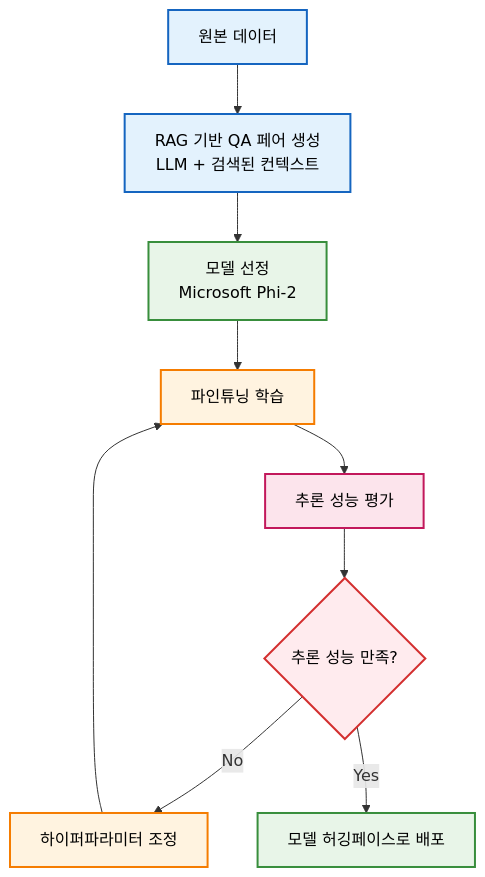
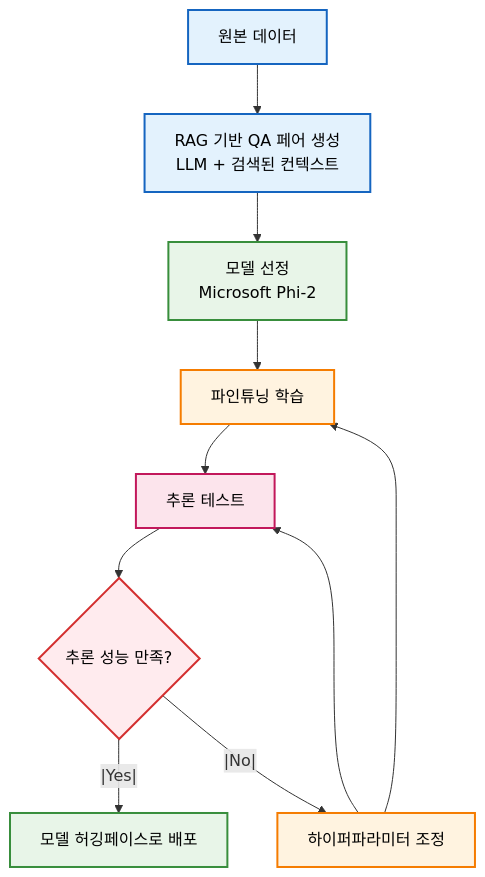
One commit to Nadaeji/ReadyToGo changed the third of 3 diagrams in backend_django/README.md. Above: the diagram before and after it, drawn with Mermaid.

````diff
--- a/backend_django/README.md
+++ b/backend_django/README.md
@@ -242,27 +242,27 @@
 ```mermaid
+
 graph TD
     A[원본 데이터] --> D[RAG 기반 QA 페어 생성<br/>LLM + 검색된 컨텍스트]
     D --> F[모델 선정<br/>Microsoft Phi-2]
-
     F --> G[파인튜닝 학습]
-    G --> H[추론 성능 평가]
+    G --> H[추론 테스트]
     H --> I{추론 성능 만족?}
-    
-    I -->|No| J[하이퍼파라미터 조정]
+    I --|Yes|--> K[모델 허깅페이스로 배포]
+    I --|No|--> J[하이퍼파라미터 조정]
     J --> G
-    I -->|Yes| K[모델 허깅페이스로 배포]
+    J --> H
 
     %% 스타일 정의
     classDef data fill:#e3f2fd,stroke:#1565c0,stroke-width:2px,color:#000
     classDef model fill:#e8f5e8,stroke:#388e3c,stroke-width:2px,color:#000
     classDef training fill:#fff3e0,stroke:#f57c00,stroke-width:2px,color:#000
     classDef evaluation fill:#fce4ec,stroke:#c2185b,stroke-width:2px,color:#000
     classDef decision fill:#ffebee,stroke:#d32f2f,stroke-width:2px,color:#000
 
     %% 클래스 적용
     class A,B,C,D,E data
     class F,K model
     class G,J training
     class H evaluation
     class I decision
 ```
````
